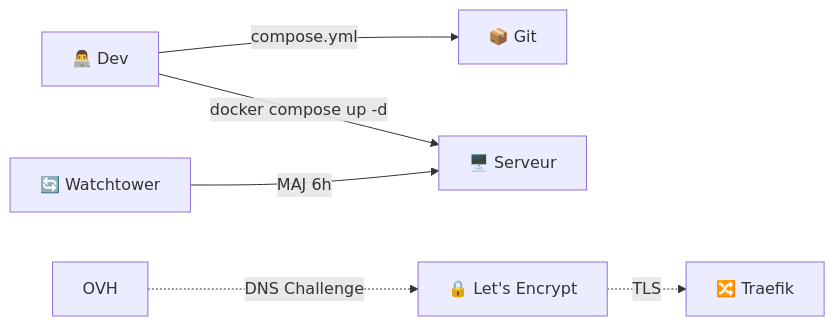
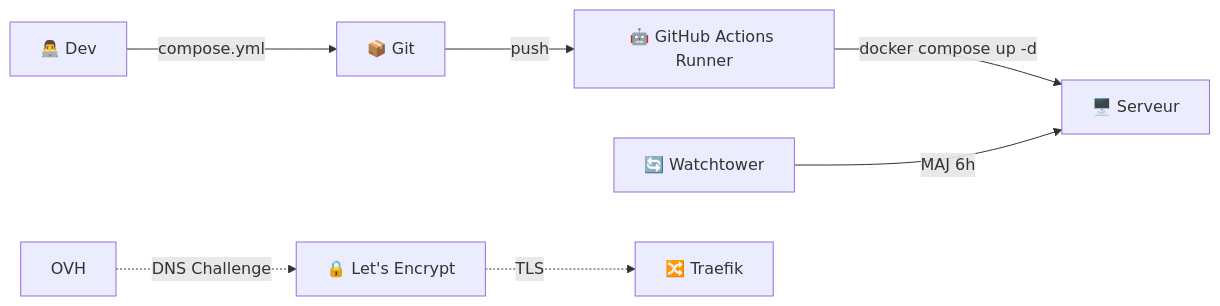
One commit to Wifsimster/docker-setup changed the sixth of 6 diagrams in README.md. Above: the diagram before and after it, drawn with Mermaid. The commit also changed other lines of this file, not shown here.

First line of the commit message:
Update README: 57 containers, GitHub Actions runners, disk cleanup

````diff
--- a/README.md
+++ b/README.md
@@ -194,8 +194,9 @@
 ```mermaid
 graph LR
     Dev[👨‍💻 Dev] -->|compose.yml| Git[📦 Git]
-    Dev -->|docker compose up -d| Server[🖥️ Serveur]
+    Git -->|push| Runner[🤖 GitHub Actions Runner]
+    Runner -->|docker compose up -d| Server[🖥️ Serveur]
     Watchtower[🔄 Watchtower] -->|MAJ 6h| Server
     LE[🔒 Let's Encrypt] -.->|TLS| Traefik[🔀 Traefik]
     OVH -.->|DNS Challenge| LE
 ```
````
